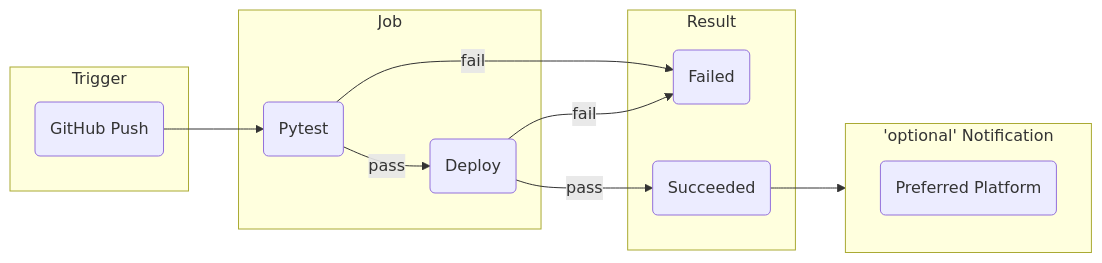
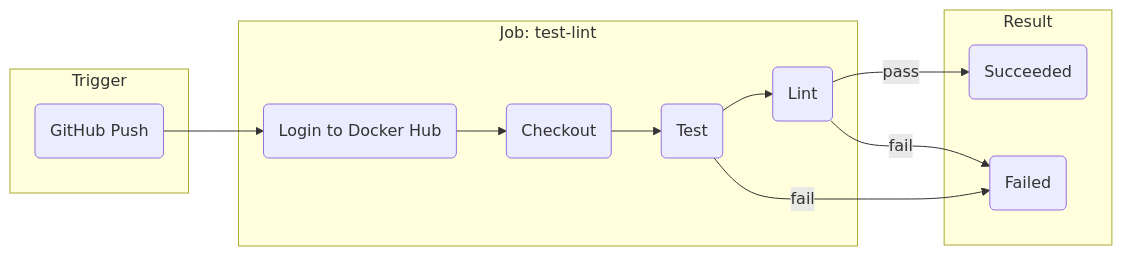
One commit to dongju93/cooking-recipe-api changed the diagram in README.md. Above: the diagram before and after it, drawn with Mermaid.

Commit message:
:memo: Reflect actual workflow #1

````diff
--- a/README.md
+++ b/README.md
@@ -101,23 +101,19 @@
 ```mermaid
 flowchart LR
     subgraph Trigger
         A(GitHub Push)
     end
     A --> B
-    subgraph Job
-        B(Pytest)
-        C(Deploy)
+    subgraph Job[Job: test-lint]
+        B(Login to Docker Hub) --> C(Checkout)
+        C --> D(Test)
+        D --> E(Lint)
     end
-    B --pass--> C
-    B --fail--> E
-    C --pass--> D
-    C --fail--> E
+    E --pass--> F
+    E --fail--> G
+    D --fail--> G
     subgraph Result
-        D(Succeeded)
-        E(Failed)
-    end
-    D --> G
-    subgraph G['optional' Notification]
-        F(Preferred Platform)
+        F(Succeeded)
+        G(Failed)
     end
 ```
````
